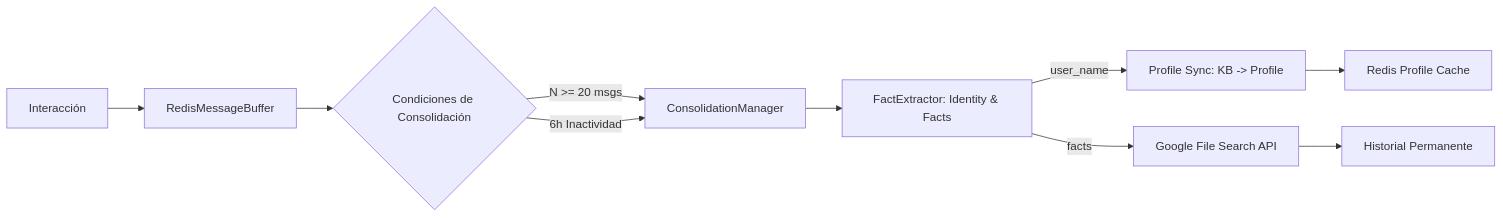
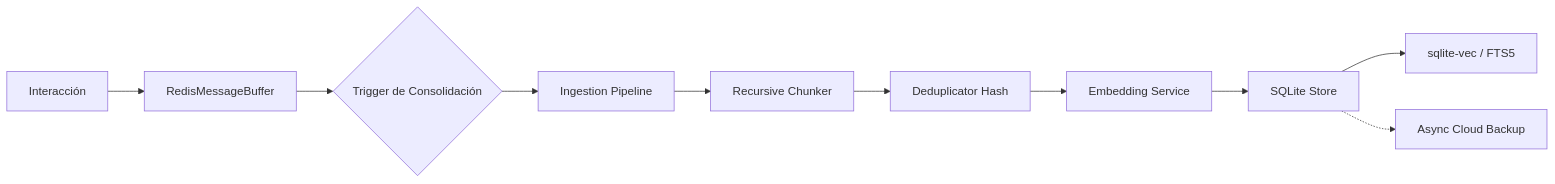
One commit to JhomC3/AEGEN changed the third of 4 diagrams in docs/TECHNICAL_ARCHITECTURE.md. Above: the diagram before and after it, drawn with Mermaid. The commit also changed other lines of this file and 9 other files, not shown here.

````diff
--- a/docs/TECHNICAL_ARCHITECTURE.md
+++ b/docs/TECHNICAL_ARCHITECTURE.md
@@ -318,12 +318,12 @@
 ```mermaid
 graph LR
     A[Interacción] --> B[RedisMessageBuffer]
-    B --> C{Condiciones de Consolidación}
-    C -->|N >= 20 msgs| D[ConsolidationManager]
-    C -->|6h Inactividad| D
-    D --> E[FactExtractor: Identity & Facts]
-    E -->|user_name| F[Profile Sync: KB -> Profile]
-    E -->|facts| G[Google File Search API]
-    G --> H[Historial Permanente]
-    F --> I[Redis Profile Cache]
+    B --> C{Trigger de Consolidación}
+    C --> D[Ingestion Pipeline]
+    D --> E[Recursive Chunker]
+    E --> F[Deduplicator Hash]
+    F --> G[Embedding Service]
+    G --> H[SQLite Store]
+    H --> I[sqlite-vec / FTS5]
+    H -.-> J[Async Cloud Backup]
 ```
````
